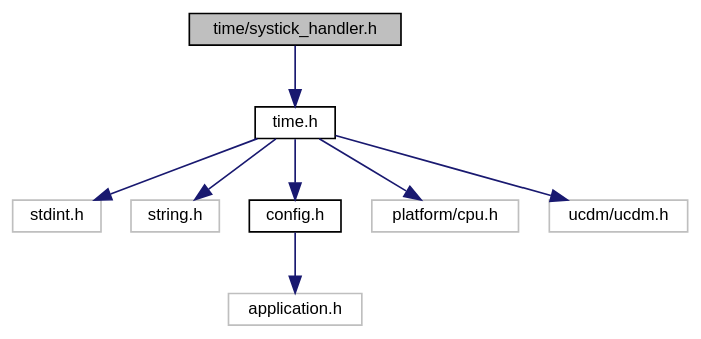
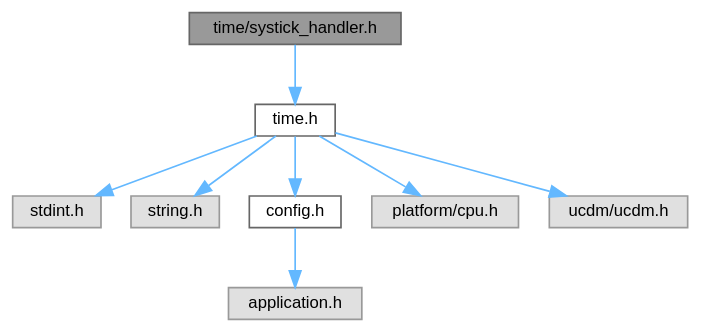
Before and after one commit to ebs-universe/piolib-time: the diagram in systick__handler_8h__incl.dot, drawn with Graphviz. The commit also changed 516 other files, not shown here.

```diff
--- a/systick__handler_8h__incl.dot
+++ b/systick__handler_8h__incl.dot
@@ -1,23 +1,23 @@
 digraph "time/systick_handler.h"
 {
  // INTERACTIVE_SVG=YES
  // LATEX_PDF_SIZE
   bgcolor="transparent";
-  edge [fontname="Helvetica",fontsize="10",labelfontname="Helvetica",labelfontsize="10"];
-  node [fontname="Helvetica",fontsize="10",shape=record];
-  Node1 [label="time/systick_handler.h",height=0.2,width=0.4,color="black", fillcolor="grey75", style="filled", fontcolor="black",tooltip="Interrupt handler for the system tick for static inclusion in the application."];
-  Node1 -> Node2 [color="midnightblue",fontsize="10",style="solid",fontname="Helvetica"];
-  Node2 [label="time.h",height=0.2,width=0.4,color="black",URL="$time_8h.html",tooltip="Time related functions for embebedded systems."];
-  Node2 -> Node3 [color="midnightblue",fontsize="10",style="solid",fontname="Helvetica"];
-  Node3 [label="stdint.h",height=0.2,width=0.4,color="grey75",tooltip=" "];
-  Node2 -> Node4 [color="midnightblue",fontsize="10",style="solid",fontname="Helvetica"];
-  Node4 [label="string.h",height=0.2,width=0.4,color="grey75",tooltip=" "];
-  Node2 -> Node5 [color="midnightblue",fontsize="10",style="solid",fontname="Helvetica"];
-  Node5 [label="config.h",height=0.2,width=0.4,color="black",URL="$config_8h_source.html",tooltip=" "];
-  Node5 -> Node6 [color="midnightblue",fontsize="10",style="solid",fontname="Helvetica"];
-  Node6 [label="application.h",height=0.2,width=0.4,color="grey75",tooltip=" "];
-  Node2 -> Node7 [color="midnightblue",fontsize="10",style="solid",fontname="Helvetica"];
-  Node7 [label="platform/cpu.h",height=0.2,width=0.4,color="grey75",tooltip=" "];
-  Node2 -> Node8 [color="midnightblue",fontsize="10",style="solid",fontname="Helvetica"];
-  Node8 [label="ucdm/ucdm.h",height=0.2,width=0.4,color="grey75",tooltip=" "];
+  edge [fontname=Helvetica,fontsize=10,labelfontname=Helvetica,labelfontsize=10];
+  node [fontname=Helvetica,fontsize=10,shape=box,height=0.2,width=0.4];
+  Node1 [id="Node000001",label="time/systick_handler.h",height=0.2,width=0.4,color="gray40", fillcolor="grey60", style="filled", fontcolor="black",tooltip="Interrupt handler for the system tick for static inclusion in the application."];
+  Node1 -> Node2 [id="edge1_Node000001_Node000002",color="steelblue1",style="solid",tooltip=" "];
+  Node2 [id="Node000002",label="time.h",height=0.2,width=0.4,color="grey40", fillcolor="white", style="filled",URL="$time_8h.html",tooltip="Time related functions for embebedded systems."];
+  Node2 -> Node3 [id="edge2_Node000002_Node000003",color="steelblue1",style="solid",tooltip=" "];
+  Node3 [id="Node000003",label="stdint.h",height=0.2,width=0.4,color="grey60", fillcolor="#E0E0E0", style="filled",tooltip=" "];
+  Node2 -> Node4 [id="edge3_Node000002_Node000004",color="steelblue1",style="solid",tooltip=" "];
+  Node4 [id="Node000004",label="string.h",height=0.2,width=0.4,color="grey60", fillcolor="#E0E0E0", style="filled",tooltip=" "];
+  Node2 -> Node5 [id="edge4_Node000002_Node000005",color="steelblue1",style="solid",tooltip=" "];
+  Node5 [id="Node000005",label="config.h",height=0.2,width=0.4,color="grey40", fillcolor="white", style="filled",URL="$config_8h.html",tooltip=" "];
+  Node5 -> Node6 [id="edge5_Node000005_Node000006",color="steelblue1",style="solid",tooltip=" "];
+  Node6 [id="Node000006",label="application.h",height=0.2,width=0.4,color="grey60", fillcolor="#E0E0E0", style="filled",tooltip=" "];
+  Node2 -> Node7 [id="edge6_Node000002_Node000007",color="steelblue1",style="solid",tooltip=" "];
+  Node7 [id="Node000007",label="platform/cpu.h",height=0.2,width=0.4,color="grey60", fillcolor="#E0E0E0", style="filled",tooltip=" "];
+  Node2 -> Node8 [id="edge7_Node000002_Node000008",color="steelblue1",style="solid",tooltip=" "];
+  Node8 [id="Node000008",label="ucdm/ucdm.h",height=0.2,width=0.4,color="grey60", fillcolor="#E0E0E0", style="filled",tooltip=" "];
 }
```
